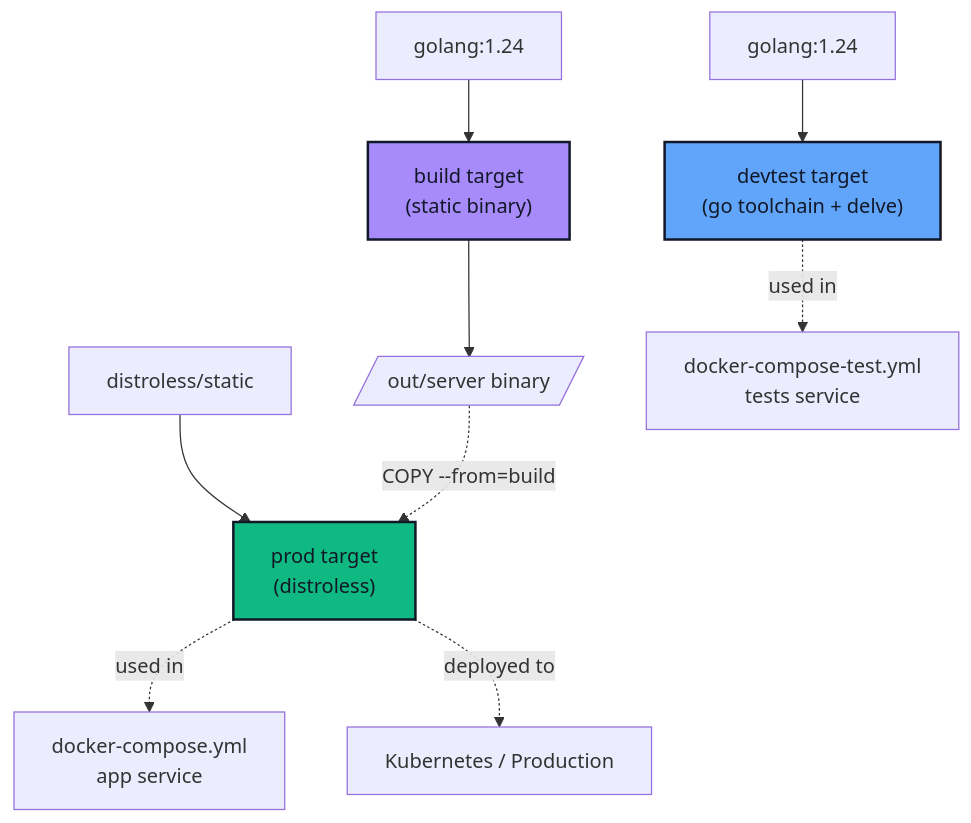
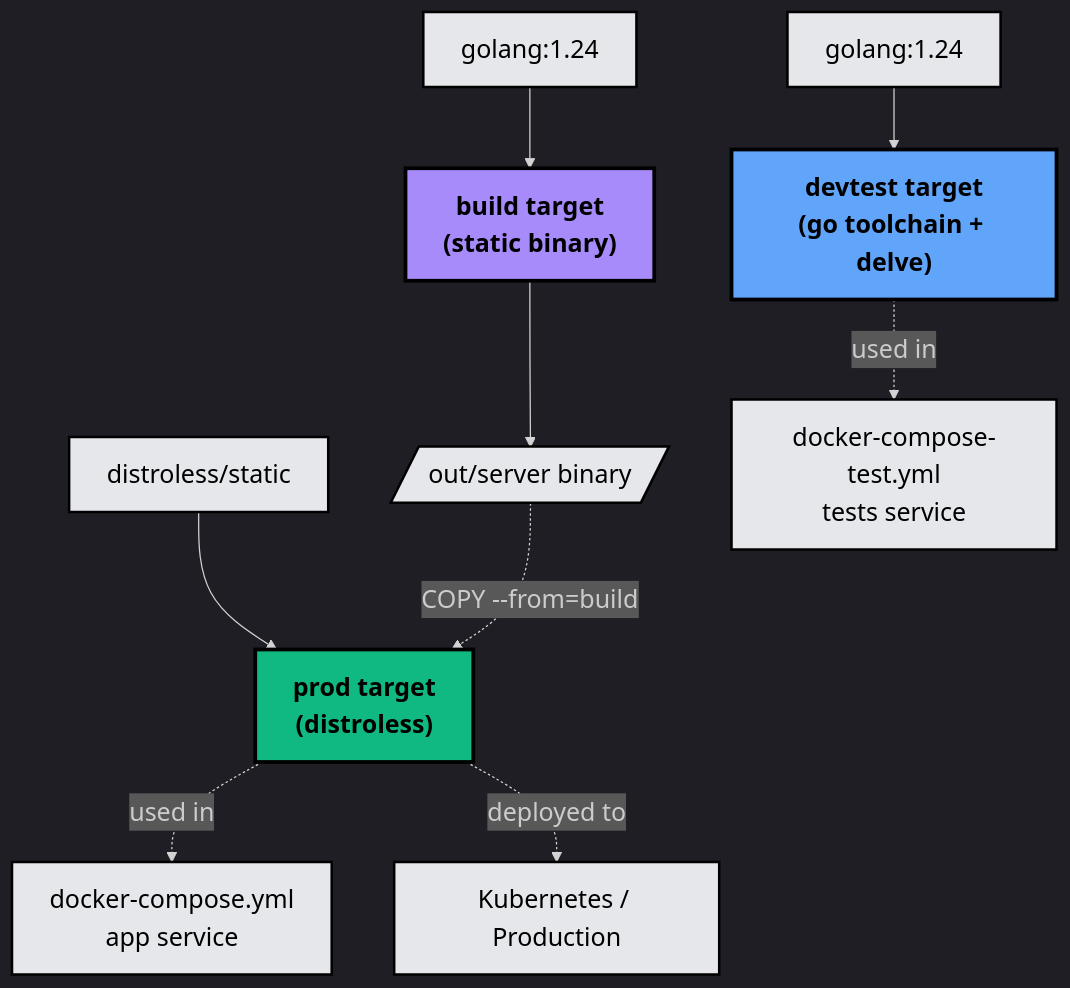
The third of 4 diagrams in docs/architecture.md (cazlo/go-outside-in-testing-strategy-example), drawn with Mermaid before and after one commit. The commit also changed other lines of this file and 1 other file, not shown here.

````diff
--- a/docs/architecture.md
+++ b/docs/architecture.md
@@ -60,17 +76,26 @@
 ```mermaid
-
+%%{init: {'theme': 'dark', 'themeVariables': { 'fontSize': '20px', 'fontFamily': 'arial'}}}%%
 flowchart TB
     Base1[golang:1.24] --> DevTest["devtest target<br/>(go toolchain + delve)"]
     Base2[golang:1.24] --> Build["build target<br/>(static binary)"]
     Build --> BinOut[/out/server binary/]
     Base3[distroless/static] --> Prod["prod target<br/>(distroless)"]
     BinOut -.->|COPY --from=build| Prod
     
     DevTest -.->|used in| ComposeTest[docker-compose-test.yml<br/>tests service]
     Prod -.->|used in| ComposeProd[docker-compose.yml<br/>app service]
     Prod -.->|deployed to| K8s[Kubernetes / Production]
     
-    style DevTest fill:#60A5FA,stroke:#111827,stroke-width:2px,color:#111827
-    style Build fill:#A78BFA,stroke:#111827,stroke-width:2px,color:#111827
-    style Prod fill:#10B981,stroke:#111827,stroke-width:2px,color:#111827
+    classDef default fill:#1F2937,stroke:#FFFFFF,stroke-width:2px,color:#FFFFFF
+    
+    style DevTest fill:#60A5FA,stroke:#000000,stroke-width:3px,color:#000000,font-weight:bold
+    style Build fill:#A78BFA,stroke:#000000,stroke-width:3px,color:#000000,font-weight:bold
+    style Prod fill:#10B981,stroke:#000000,stroke-width:3px,color:#000000,font-weight:bold
+    style Base1 fill:#E5E7EB,stroke:#000000,stroke-width:2px,color:#000000
+    style Base2 fill:#E5E7EB,stroke:#000000,stroke-width:2px,color:#000000
+    style Base3 fill:#E5E7EB,stroke:#000000,stroke-width:2px,color:#000000
+    style BinOut fill:#E5E7EB,stroke:#000000,stroke-width:2px,color:#000000
+    style ComposeTest fill:#E5E7EB,stroke:#000000,stroke-width:2px,color:#000000
+    style ComposeProd fill:#E5E7EB,stroke:#000000,stroke-width:2px,color:#000000
+    style K8s fill:#E5E7EB,stroke:#000000,stroke-width:2px,color:#000000
 ```
````
